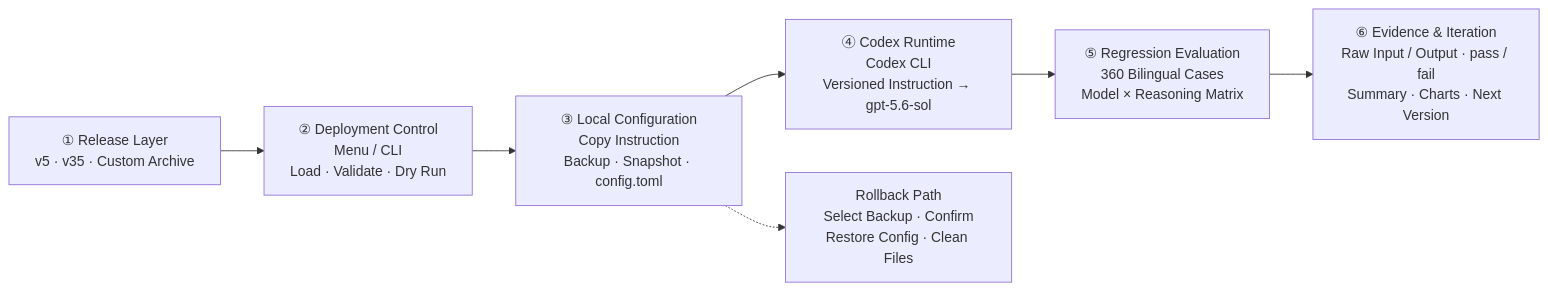
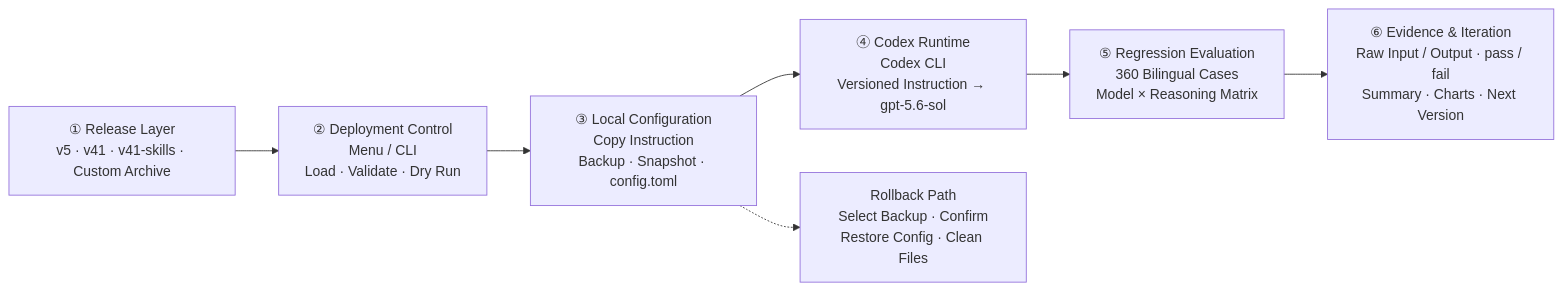
Before and after one commit to y1024/gpt-5.6-instruct: the diagram in README_EN.md, drawn with Mermaid. The commit also changed other lines of this file and 18 other files, not shown here.

````diff
--- a/README_EN.md
+++ b/README_EN.md
@@ -41,13 +41,14 @@
 ```mermaid
 flowchart LR
     RELEASE["① Release Layer<br/>v5 · v35 · Custom Archive"]
+    RELEASE["① Release Layer<br/>v5 · v41 · v41-skills · Custom Archive"]
     CONTROL["② Deployment Control<br/>Menu / CLI<br/>Load · Validate · Dry Run"]
     CONFIG["③ Local Configuration<br/>Copy Instruction<br/>Backup · Snapshot · config.toml"]
     RUNTIME["④ Codex Runtime<br/>Codex CLI<br/>Versioned Instruction → gpt-5.6-sol"]
     EVAL["⑤ Regression Evaluation<br/>360 Bilingual Cases<br/>Model × Reasoning Matrix"]
     EVIDENCE["⑥ Evidence & Iteration<br/>Raw Input / Output · pass / fail<br/>Summary · Charts · Next Version"]
     ROLLBACK["Rollback Path<br/>Select Backup · Confirm<br/>Restore Config · Clean Files"]
 
     RELEASE --> CONTROL --> CONFIG --> RUNTIME --> EVAL --> EVIDENCE
     CONFIG -.-> ROLLBACK
 ```
````
